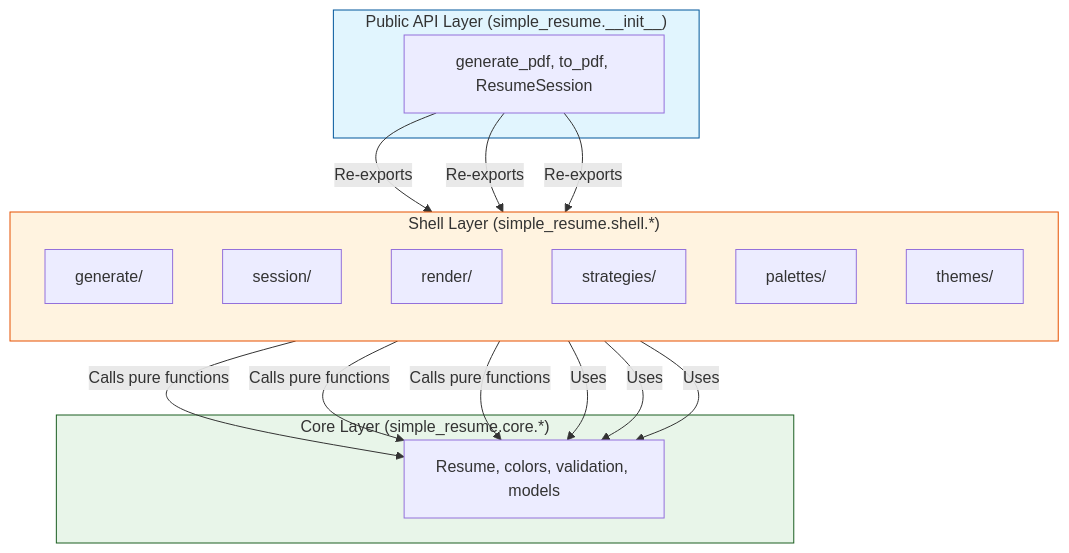
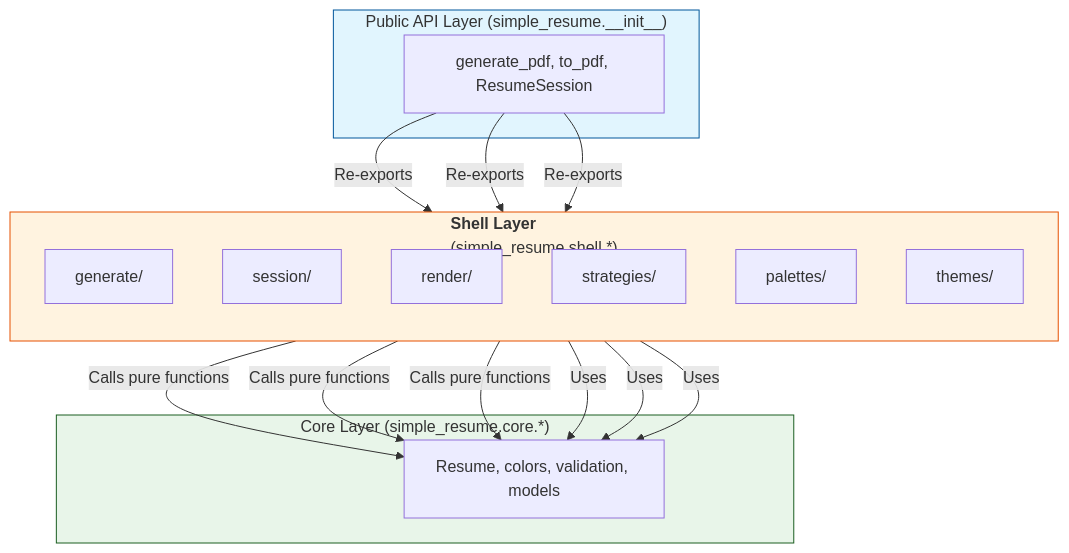
One commit to athola/simple-resume changed the diagram in wiki/Shell-Layer-APIs.md. Above: the diagram before and after it, drawn with Mermaid.

Commit message:
docs(wiki): add line break to Shell Layer label to fix diagram overlap
Add <br/> HTML tag to the SHELL subgraph label in the Mermaid architecture
diagram. This splits the label into two lines ("Shell Layer" and the module
path) and prevents it from overlapping with the nodes inside the subgraph.

Also adds <b> tags to emphasize the layer name for better visual hierarchy.

````diff
--- a/wiki/Shell-Layer-APIs.md
+++ b/wiki/Shell-Layer-APIs.md
@@ -19,35 +19,35 @@
 ```mermaid
 flowchart TB
     subgraph PUBLIC["Public API Layer (simple_resume.__init__)"]
         EXPORTS["generate_pdf, to_pdf, ResumeSession"]
     end
 
-    subgraph SHELL["Shell Layer (simple_resume.shell.*)"]
+    subgraph SHELL["<b>Shell Layer</b><br/>(simple_resume.shell.*)"]
         direction TB
         GEN["generate/"]
         SESS["session/"]
         REND["render/"]
         STRAT["strategies/"]
         PAL["palettes/"]
         THEME["themes/"]
     end
 
     subgraph CORE["Core Layer (simple_resume.core.*)"]
         PURE["Resume, colors, validation, models"]
     end
 
     EXPORTS -->|"Re-exports"| GEN
     EXPORTS -->|"Re-exports"| SESS
     EXPORTS -->|"Re-exports"| REND
 
     GEN -->|"Calls pure functions"| PURE
     SESS -->|"Calls pure functions"| PURE
     REND -->|"Calls pure functions"| PURE
     STRAT -->|"Uses"| PURE
     PAL -->|"Uses"| PURE
     THEME -->|"Uses"| PURE
 
     style PUBLIC fill:#e1f5fe,stroke:#01579b
     style SHELL fill:#fff3e0,stroke:#e65100
     style CORE fill:#e8f5e9,stroke:#1b5e20
 ```
````
